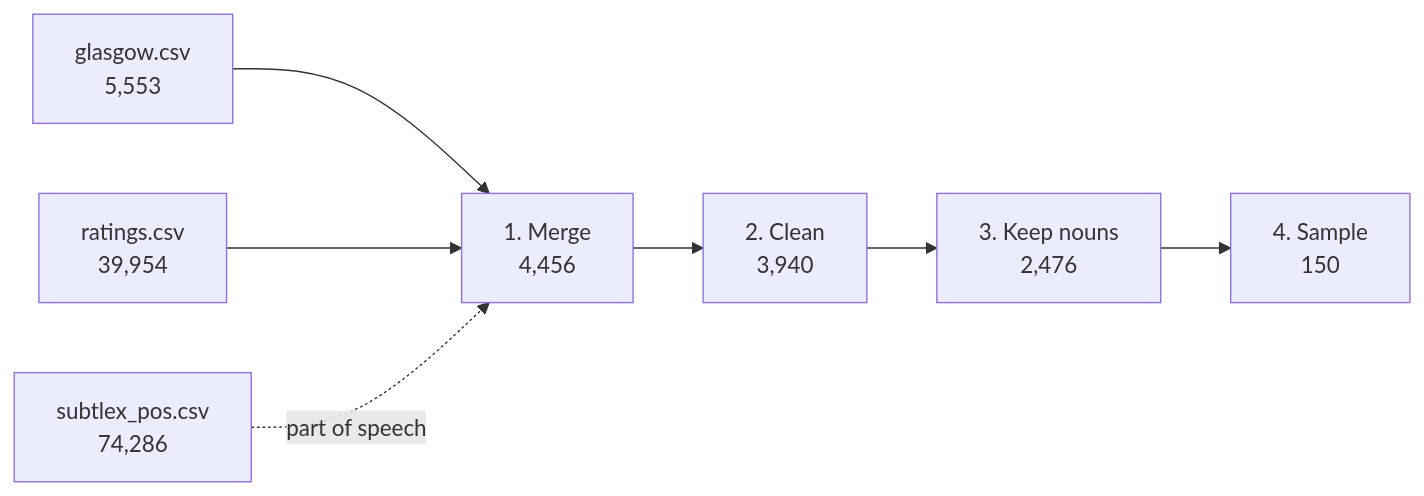
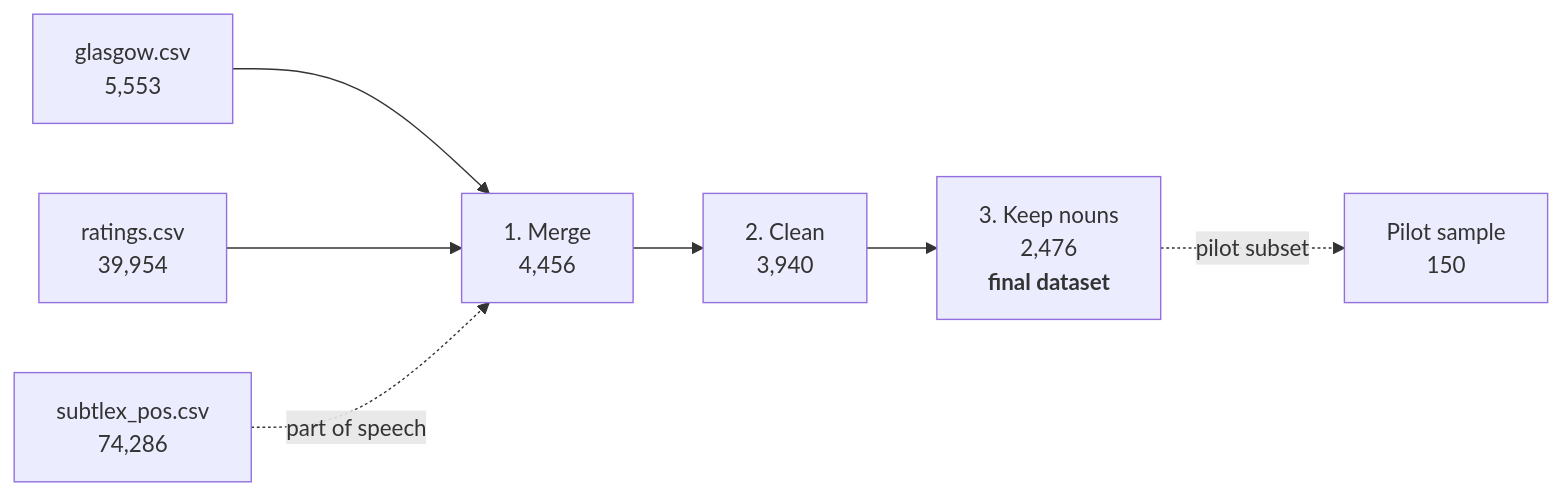
The diagram in dataset/README.md (ArmitaAfr/Visibility_Thresholds), drawn with Mermaid before and after one commit. The commit also changed other lines of this file and 8 other files, not shown here.

````diff
--- a/dataset/README.md
+++ b/dataset/README.md
@@ -36,7 +36,8 @@
 ```mermaid
 flowchart LR
     G[glasgow.csv<br/>5,553] --> M
     R[ratings.csv<br/>39,954] --> M
-    M[1. Merge<br/>4,456] --> C[2. Clean<br/>3,940] --> N[3. Keep nouns<br/>2,476] --> S[4. Sample<br/>150]
+    M[1. Merge<br/>4,456] --> C[2. Clean<br/>3,940] --> N[3. Keep nouns<br/>2,476<br/><b>final dataset</b>]
+    N -. pilot subset .-> S[Pilot sample<br/>150]
     P[subtlex_pos.csv<br/>74,286] -. part of speech .-> M
 ```
````
